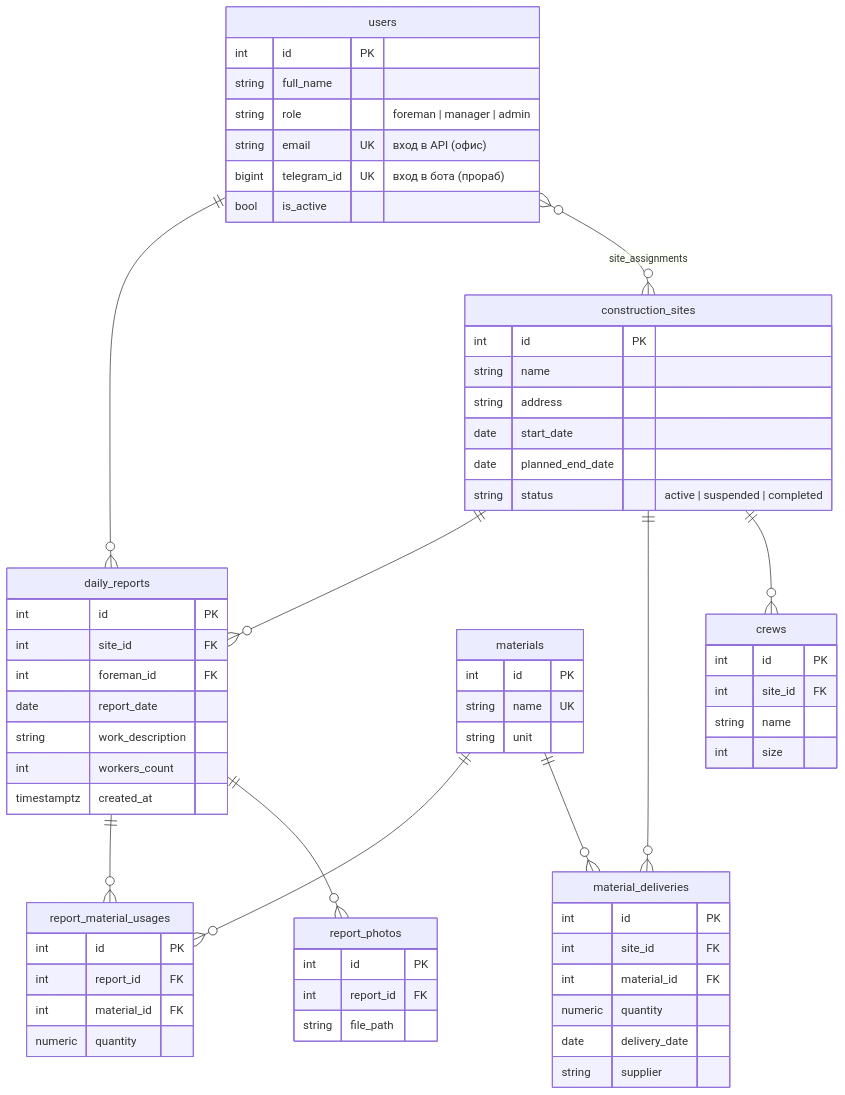
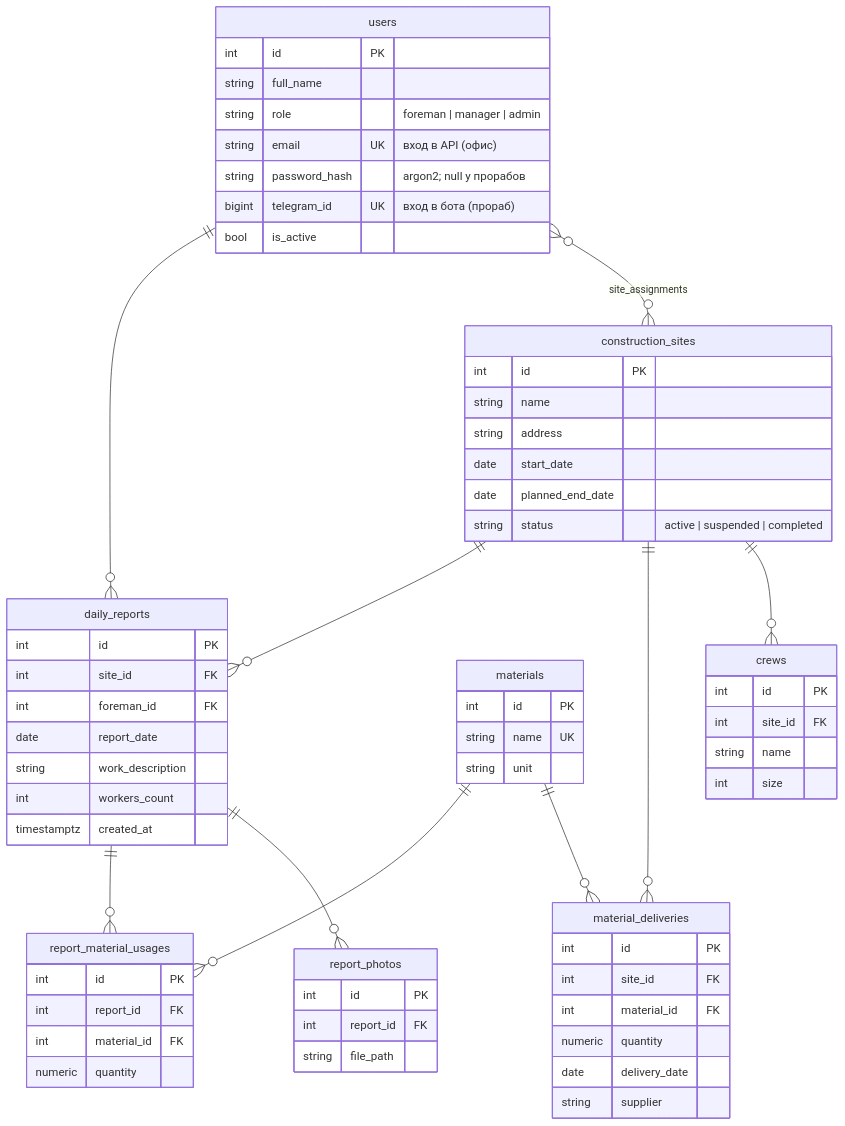
The second of 2 diagrams in README.md (sa1vador77/stroy-track), drawn with Mermaid before and after one commit. The commit also changed other lines of this file, not shown here.

Commit message:
docs: README — create-admin в быстром старте, актуальное дерево и ERD

````diff
--- a/README.md
+++ b/README.md
@@ -54,68 +61,69 @@
 ```mermaid
 erDiagram
     users {
         int id PK
         string full_name
         string role "foreman | manager | admin"
         string email UK "вход в API (офис)"
+        string password_hash "argon2; null у прорабов"
         bigint telegram_id UK "вход в бота (прораб)"
         bool is_active
     }
     construction_sites {
         int id PK
         string name
         string address
         date start_date
         date planned_end_date
         string status "active | suspended | completed"
     }
     crews {
         int id PK
         int site_id FK
         string name
         int size
     }
     materials {
         int id PK
         string name UK
         string unit
     }
     material_deliveries {
         int id PK
         int site_id FK
         int material_id FK
         numeric quantity
         date delivery_date
         string supplier
     }
     daily_reports {
         int id PK
         int site_id FK
         int foreman_id FK
         date report_date
         string work_description
         int workers_count
         timestamptz created_at
     }
     report_photos {
         int id PK
         int report_id FK
         string file_path
     }
     report_material_usages {
         int id PK
         int report_id FK
         int material_id FK
         numeric quantity
     }
 
     users }o--o{ construction_sites : site_assignments
     construction_sites ||--o{ crews : ""
     construction_sites ||--o{ material_deliveries : ""
     materials ||--o{ material_deliveries : ""
     construction_sites ||--o{ daily_reports : ""
     users ||--o{ daily_reports : ""
     daily_reports ||--o{ report_photos : ""
     daily_reports ||--o{ report_material_usages : ""
     materials ||--o{ report_material_usages : ""
 ```
````
